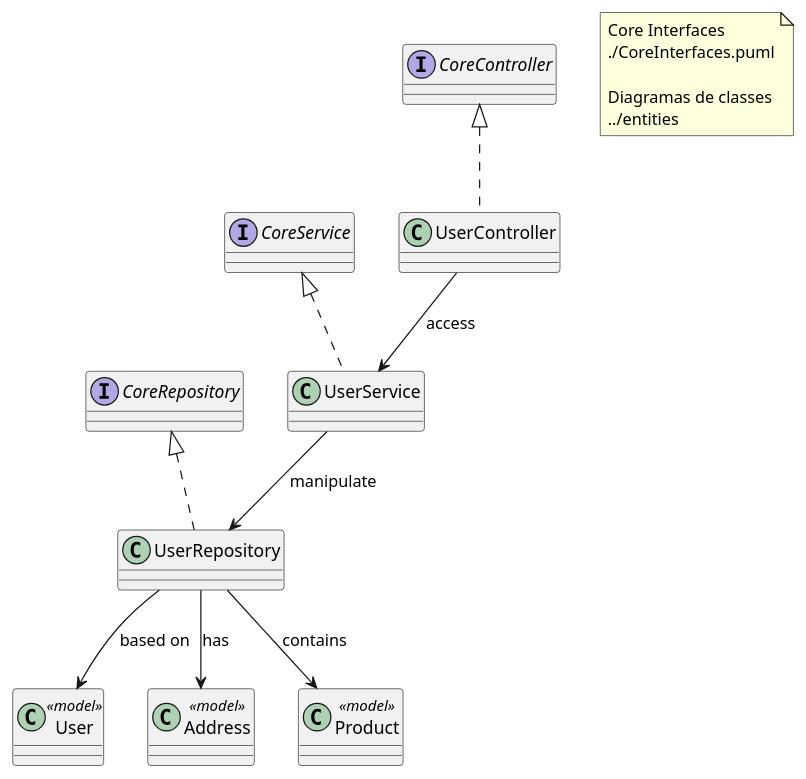
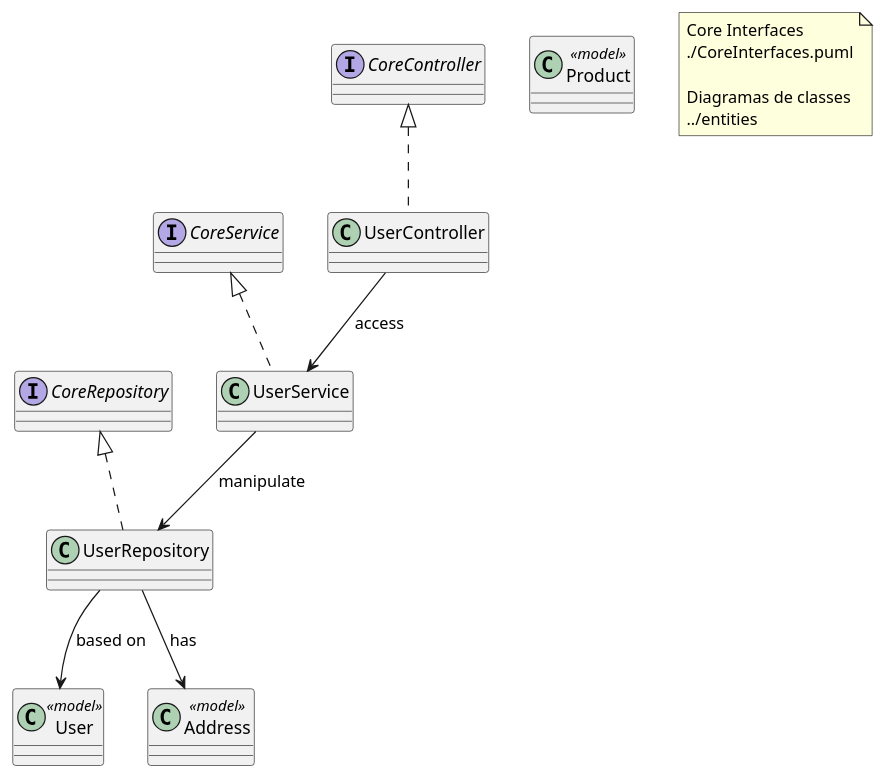
One commit to bruflor/comercio-vizinho changed the diagram in docs/diagrams/APIServer/UserLayers.puml. Above: the diagram before and after it, drawn with PlantUML. The commit also changed 5 other files, not shown here.

Commit message:
Updating previous diagrams to have cart relations

```diff
--- a/docs/diagrams/APIServer/UserLayers.puml
+++ b/docs/diagrams/APIServer/UserLayers.puml
@@ -1,26 +1,25 @@
 @startuml
 
 class UserController implements CoreController {}
 class UserService implements CoreService {}
 class UserRepository implements CoreRepository {}
 
 class User <<model>> {}
 class Address <<model>> {}
 class Product <<model>> {}
 
 ' Relationships
 UserController --> UserService : access
 UserService --> UserRepository : manipulate
 UserRepository --> User : based on
 UserRepository --> Address : has
-UserRepository --> Product : contains
 
 note as N1
 Core Interfaces
 ./CoreInterfaces.puml
 
 Diagramas de classes
 ../entities
 end note
 
 @enduml
```
